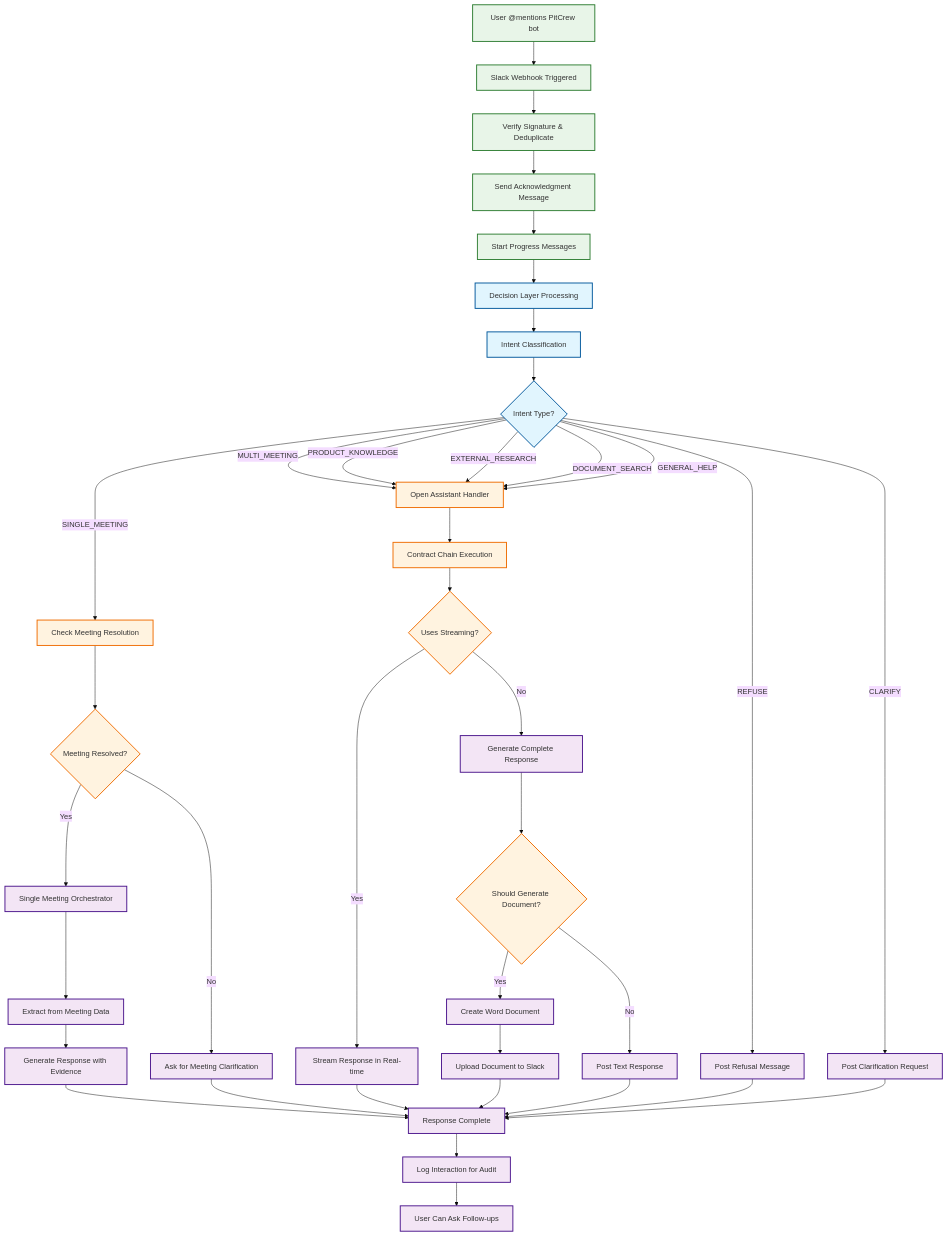
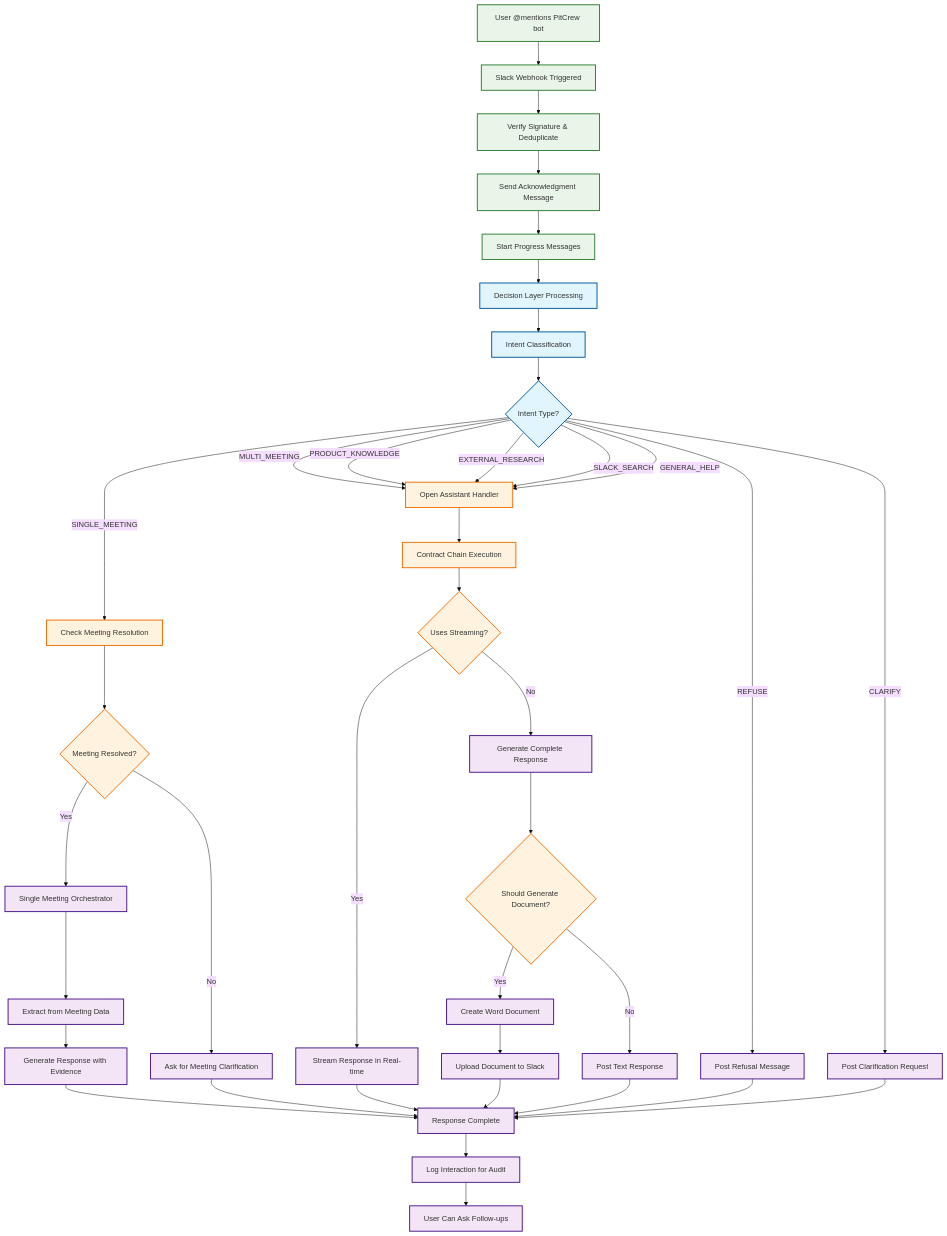
One commit to Ops-Team-Leverege/Mustard changed the third of 8 diagrams in docs/VISUAL_SYSTEM_DIAGRAMS.md. Above: the diagram before and after it, drawn with Mermaid (base theme). The commit also changed other lines of this file and 5 other files, not shown here.

First line of the commit message:
Update documentation to reflect current system architecture and capabilities

````diff
--- a/docs/VISUAL_SYSTEM_DIAGRAMS.md
+++ b/docs/VISUAL_SYSTEM_DIAGRAMS.md
@@ -118,58 +118,58 @@
 ```mermaid
 graph TD
     A[User @mentions PitCrew bot] --> B[Slack Webhook Triggered]
     B --> C[Verify Signature & Deduplicate]
     C --> D[Send Acknowledgment Message]
     D --> E[Start Progress Messages]
     
     E --> F[Decision Layer Processing]
     F --> G[Intent Classification]
     G --> H{Intent Type?}
     
     H -->|SINGLE_MEETING| I[Check Meeting Resolution]
     H -->|MULTI_MEETING| J[Open Assistant Handler]
     H -->|PRODUCT_KNOWLEDGE| J
     H -->|EXTERNAL_RESEARCH| J
-    H -->|DOCUMENT_SEARCH| J
+    H -->|SLACK_SEARCH| J
     H -->|GENERAL_HELP| J
     H -->|REFUSE| K[Post Refusal Message]
     H -->|CLARIFY| L[Post Clarification Request]
     
     I --> M{Meeting Resolved?}
     M -->|Yes| N[Single Meeting Orchestrator]
     M -->|No| O[Ask for Meeting Clarification]
     
     J --> P[Contract Chain Execution]
     P --> Q{Uses Streaming?}
     Q -->|Yes| R[Stream Response in Real-time]
     Q -->|No| S[Generate Complete Response]
     
     N --> T[Extract from Meeting Data]
     T --> U[Generate Response with Evidence]
     
     S --> V{Should Generate Document?}
     V -->|Yes| W[Create Word Document]
     V -->|No| X[Post Text Response]
     
     R --> Y[Response Complete]
     U --> Y
     W --> Z[Upload Document to Slack]
     X --> Y
     O --> Y
     K --> Y
     L --> Y
     Z --> Y
     
     Y --> AA[Log Interaction for Audit]
     AA --> BB[User Can Ask Follow-ups]
     
     classDef user fill:#e8f5e8,stroke:#2e7d32,stroke-width:2px
     classDef slack fill:#e1f5fe,stroke:#01579b,stroke-width:2px
     classDef decision fill:#fff3e0,stroke:#ef6c00,stroke-width:2px
     classDef processing fill:#f3e5f5,stroke:#4a148c,stroke-width:2px
     
     class A,B,C,D,E user
     class F,G,H slack
     class I,J,M,P,Q,V decision
     class N,T,U,S,R,W,X,O,K,L,Y,Z,AA,BB processing
 ```
````
